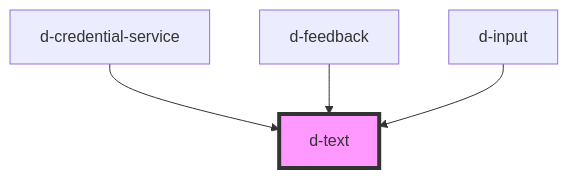
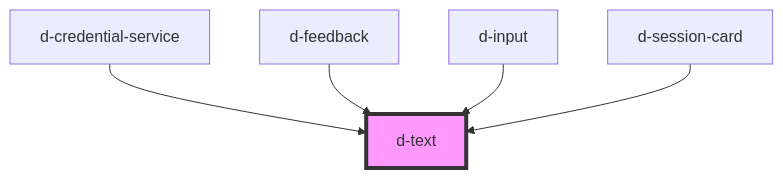
The diagram in src/components/text/readme.md (ForkbombEu/didroom-components), drawn with Mermaid before and after one commit. The commit also changed other lines of this file and 11 other files, not shown here.

Commit message:
feat: session card for feedbacks

````diff
--- a/src/components/text/readme.md
+++ b/src/components/text/readme.md
@@ -25,7 +26,8 @@
 ```mermaid
 graph TD;
   d-credential-service --> d-text
   d-feedback --> d-text
   d-input --> d-text
+  d-session-card --> d-text
   style d-text fill:#f9f,stroke:#333,stroke-width:4px
 ```
````
